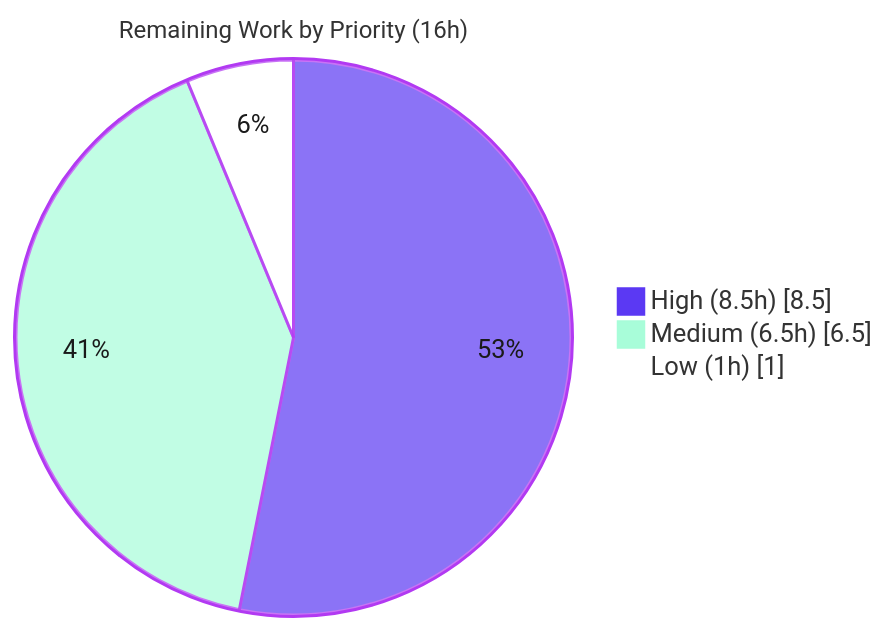
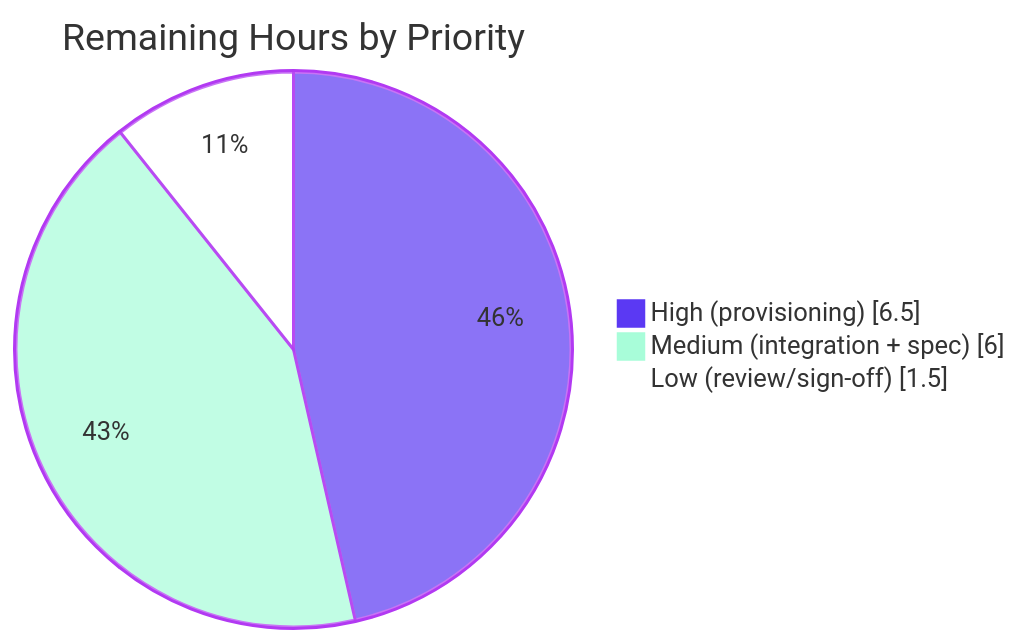
Before and after one commit to gblitzy/compvault: the third of 3 diagrams in blitzy/documentation/Project Guide.md, drawn with Mermaid. The commit also changed other lines of this file, not shown here.

Commit message:
Adding Blitzy Project Guide: Project Status and Human Tasks Remaining

````diff
--- a/blitzy/documentation/Project Guide.md
+++ b/blitzy/documentation/Project Guide.md
@@ -208,7 +222,7 @@
 ```mermaid
-%%{init: {'theme':'base', 'themeVariables': {'pie1':'#5B39F3','pie2':'#A8FDD9','pie3':'#FFFFFF','pieStrokeColor':'#B23AF2','pieOuterStrokeColor':'#B23AF2','pieSectionTextColor':'#1a1a1a','pieTitleTextSize':'16px'}}}%%
-pie showData title Remaining Work by Priority (16h)
-    "High (8.5h)" : 8.5
-    "Medium (6.5h)" : 6.5
-    "Low (1h)" : 1
+%%{init: {'theme':'base', 'themeVariables': {'pie1':'#5B39F3','pie2':'#A8FDD9','pie3':'#FFFFFF','pieStrokeColor':'#B23AF2','pieOuterStrokeColor':'#B23AF2','pieSectionTextColor':'#333','pieLegendTextColor':'#333'}}}%%
+pie showData title Remaining Hours by Priority
+    "High (provisioning)" : 6.5
+    "Medium (integration + spec)" : 6
+    "Low (review/sign-off)" : 1.5
 ```
````
